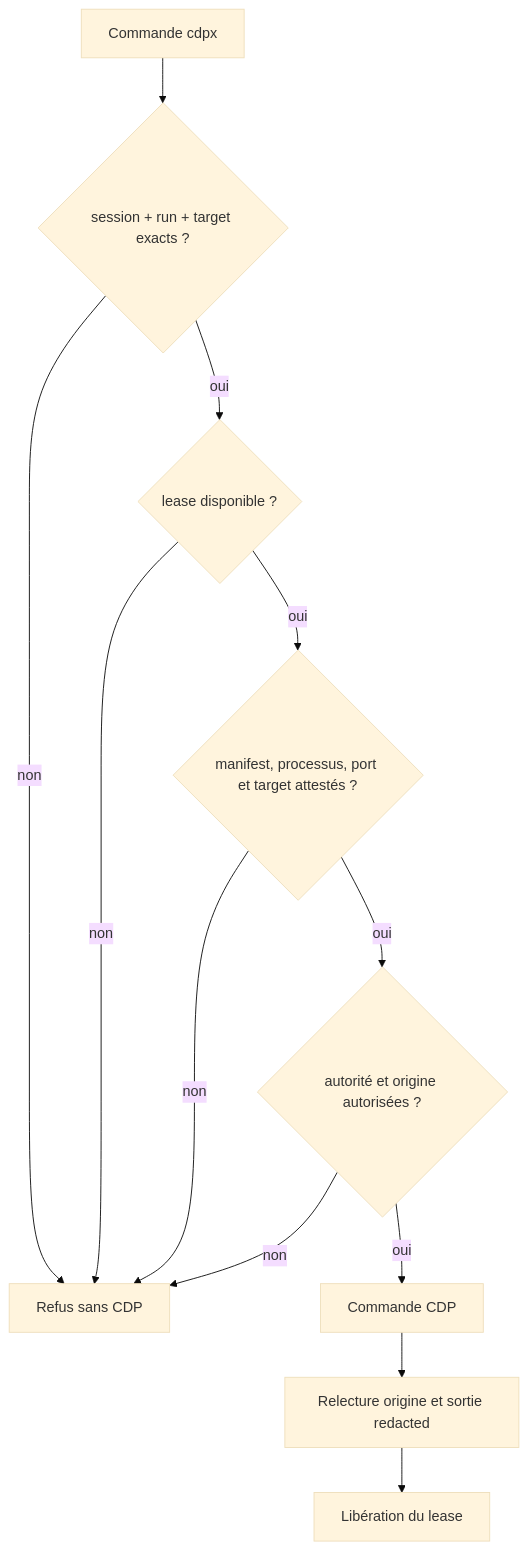
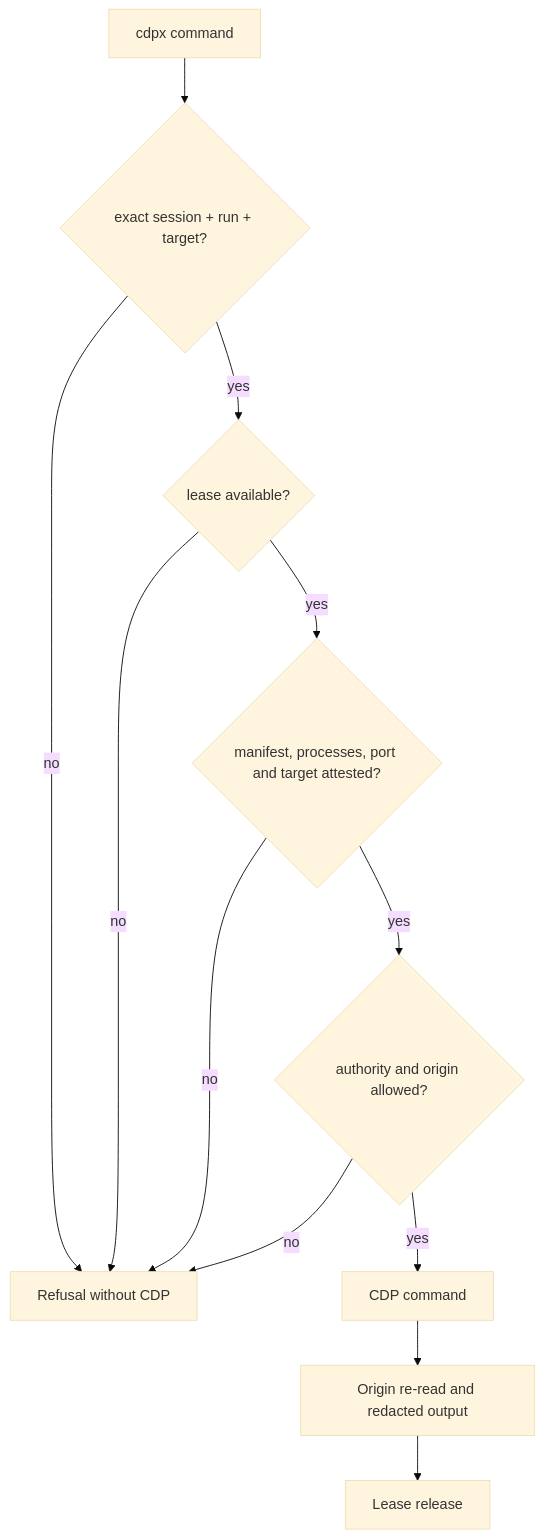
One commit to iNem0o/cdpx changed the third of 4 diagrams in docs/SESSION-LIFECYCLE.md. Above: the diagram before and after it, drawn with Mermaid (base theme). The commit also changed other lines of this file and 43 other files, not shown here.

````diff
--- a/docs/SESSION-LIFECYCLE.md
+++ b/docs/SESSION-LIFECYCLE.md
@@ -210,16 +220,16 @@
 ```mermaid
 flowchart TD
-    accTitle: Flux d'autorisation d'une commande navigateur
-    accDescr: Une commande doit acquérir le lease puis réattester tous les liens de la session avant de pouvoir envoyer du CDP.
-    A["Commande cdpx"] --> B{"session + run + target exacts ?"}
-    B -->|non| R["Refus sans CDP"]
-    B -->|oui| C{"lease disponible ?"}
-    C -->|non| R
-    C -->|oui| D{"manifest, processus, port et target attestés ?"}
-    D -->|non| R
-    D -->|oui| E{"autorité et origine autorisées ?"}
-    E -->|non| R
-    E -->|oui| F["Commande CDP"]
-    F --> G["Relecture origine et sortie redacted"]
-    G --> H["Libération du lease"]
+    accTitle: Authorization flow of a browser command
+    accDescr: A command must acquire the lease then re-attest every link of the session before it can send CDP.
+    A["cdpx command"] --> B{"exact session + run + target?"}
+    B -->|"no"| R["Refusal without CDP"]
+    B -->|"yes"| C{"lease available?"}
+    C -->|"no"| R
+    C -->|"yes"| D{"manifest, processes, port and target attested?"}
+    D -->|"no"| R
+    D -->|"yes"| E{"authority and origin allowed?"}
+    E -->|"no"| R
+    E -->|"yes"| F["CDP command"]
+    F --> G["Origin re-read and redacted output"]
+    G --> H["Lease release"]
 ```
````
